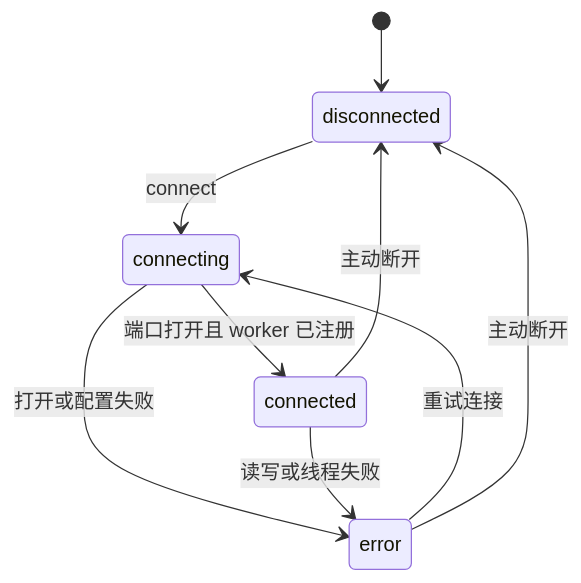
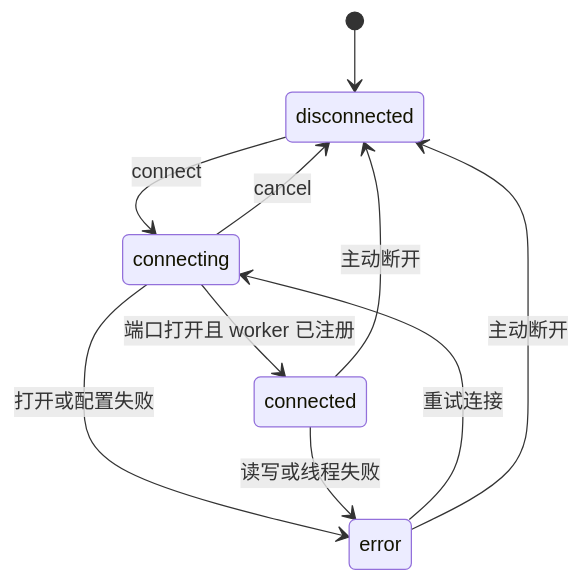
Before and after one commit to woai66/Vofa-Ultra: the second of 2 diagrams in docs/architecture.md, drawn with Mermaid. The commit also changed other lines of this file and 17 other files, not shown here.

````diff
--- a/docs/architecture.md
+++ b/docs/architecture.md
@@ -36,11 +39,12 @@
 ```mermaid
 stateDiagram-v2
     [*] --> disconnected
     disconnected --> connecting: connect
     connecting --> connected: 端口打开且 worker 已注册
+    connecting --> disconnected: cancel
     connecting --> error: 打开或配置失败
     connected --> disconnected: 主动断开
     connected --> error: 读写或线程失败
     error --> connecting: 重试连接
     error --> disconnected: 主动断开
 ```
````
